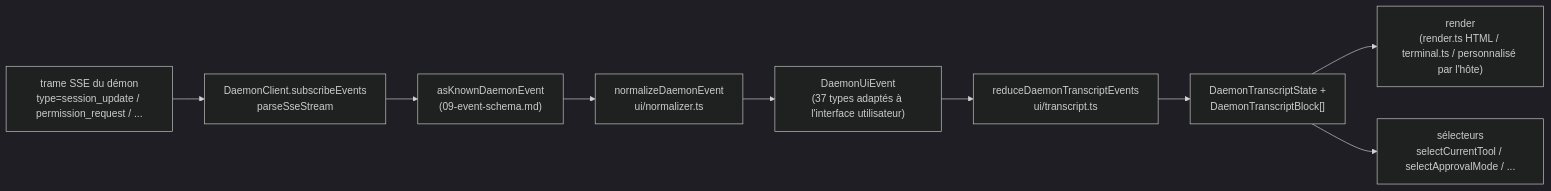
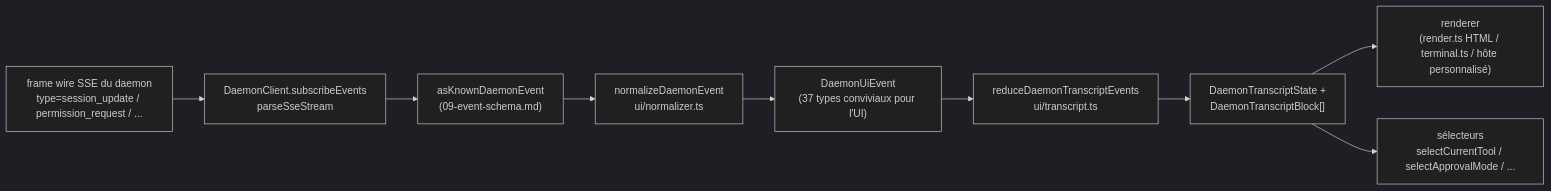
Before and after one commit to QwenLM/qwen-code-docs: the diagram in website/content/fr/developers/daemon/14-cli-tui-adapter.md, drawn with Mermaid (dark theme). The commit also changed other lines of this file and 162 other files, not shown here.

````diff
--- a/website/content/fr/developers/daemon/14-cli-tui-adapter.md
+++ b/website/content/fr/developers/daemon/14-cli-tui-adapter.md
@@ -114,12 +114,12 @@
 ```mermaid
 flowchart LR
-    A["trame SSE du démon<br/>type=session_update / permission_request / ..."]
+    A["frame wire SSE du daemon<br/>type=session_update / permission_request / ..."]
     A --> B["DaemonClient.subscribeEvents<br/>parseSseStream"]
     B --> C["asKnownDaemonEvent<br/>(09-event-schema.md)"]
     C --> D["normalizeDaemonEvent<br/>ui/normalizer.ts"]
-    D --> E["DaemonUiEvent<br/>(37 types adaptés à l'interface utilisateur)"]
+    D --> E["DaemonUiEvent<br/>(37 types conviviaux pour l'UI)"]
     E --> F["reduceDaemonTranscriptEvents<br/>ui/transcript.ts"]
     F --> G["DaemonTranscriptState +<br/>DaemonTranscriptBlock[]"]
-    G --> H["render<br/>(render.ts HTML / terminal.ts / personnalisé par l'hôte)"]
+    G --> H["renderer<br/>(render.ts HTML / terminal.ts / hôte personnalisé)"]
     G --> I["sélecteurs<br/>selectCurrentTool / selectApprovalMode / ..."]
 ```
````
